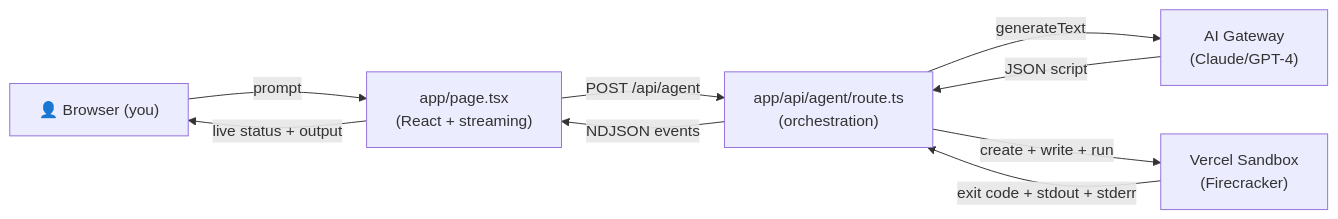
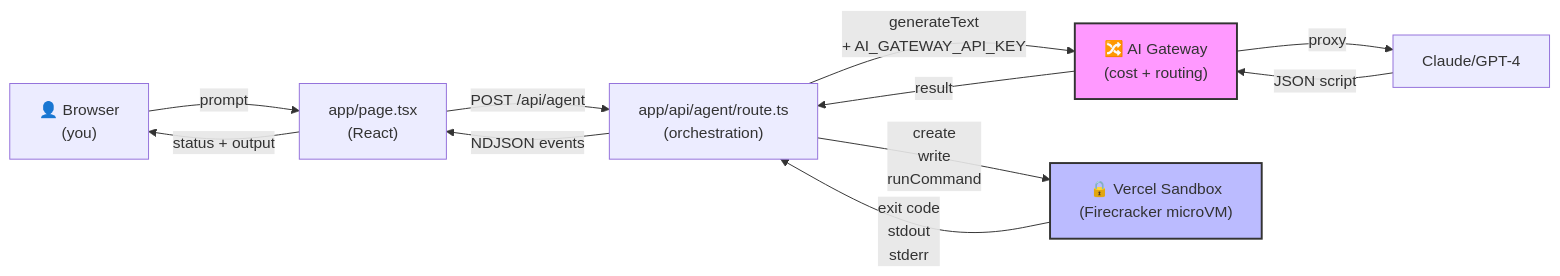
The first of 4 diagrams in README.md (ramirez-ai-labs/vercel-agent-demo), drawn with Mermaid before and after one commit. The commit also changed other lines of this file, not shown here.

First line of the commit message:
docs: clarify AI Gateway and Sandbox with dedicated "why" sections

````diff
--- a/README.md
+++ b/README.md
@@ -31,17 +31,23 @@
 ```mermaid
 graph LR
-    User["👤 Browser (you)"]
-    UI["app/page.tsx<br/>(React + streaming)"]
+    User["👤 Browser<br/>(you)"]
+    UI["app/page.tsx<br/>(React)"]
     API["app/api/agent/route.ts<br/>(orchestration)"]
-    Model["AI Gateway<br/>(Claude/GPT-4)"]
-    SB["Vercel Sandbox<br/>(Firecracker)"]
+    Gateway["🔀 AI Gateway<br/>(cost + routing)"]
+    Model["Claude/GPT-4"]
+    Sandbox["🔒 Vercel Sandbox<br/>(Firecracker microVM)"]
     
     User -->|prompt| UI
     UI -->|POST /api/agent| API
-    API -->|generateText| Model
-    Model -->|JSON script| API
-    API -->|create + write + run| SB
-    SB -->|exit code + stdout + stderr| API
+    API -->|generateText<br/>+ AI_GATEWAY_API_KEY| Gateway
+    Gateway -->|proxy| Model
+    Model -->|JSON script| Gateway
+    Gateway -->|result| API
+    API -->|create<br/>write<br/>runCommand| Sandbox
+    Sandbox -->|exit code<br/>stdout<br/>stderr| API
     API -->|NDJSON events| UI
-    UI -->|live status + output| User
+    UI -->|status + output| User
+    
+    style Gateway fill:#f9f,stroke:#333,stroke-width:2px
+    style Sandbox fill:#bbf,stroke:#333,stroke-width:2px
 ```
````
